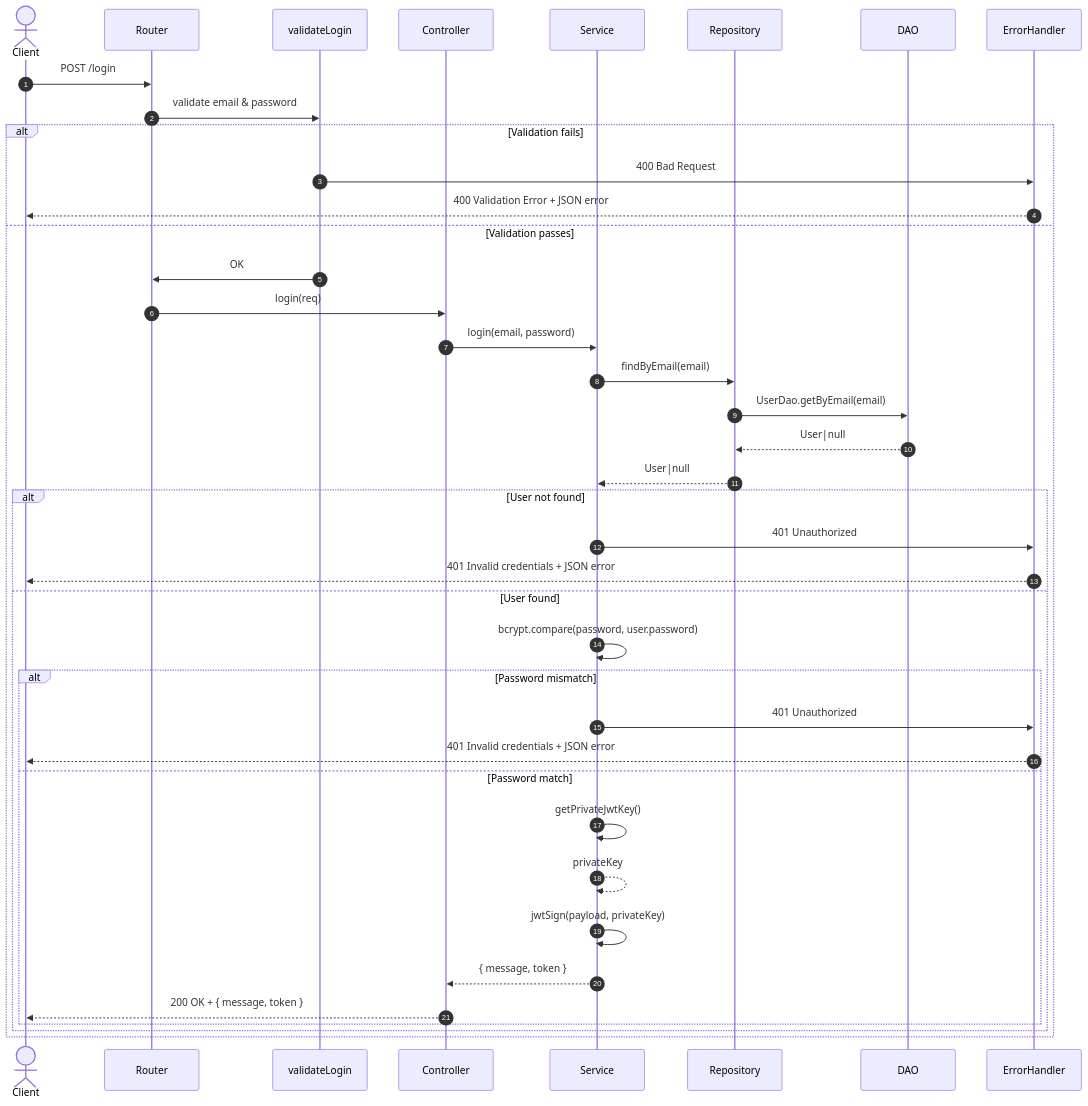
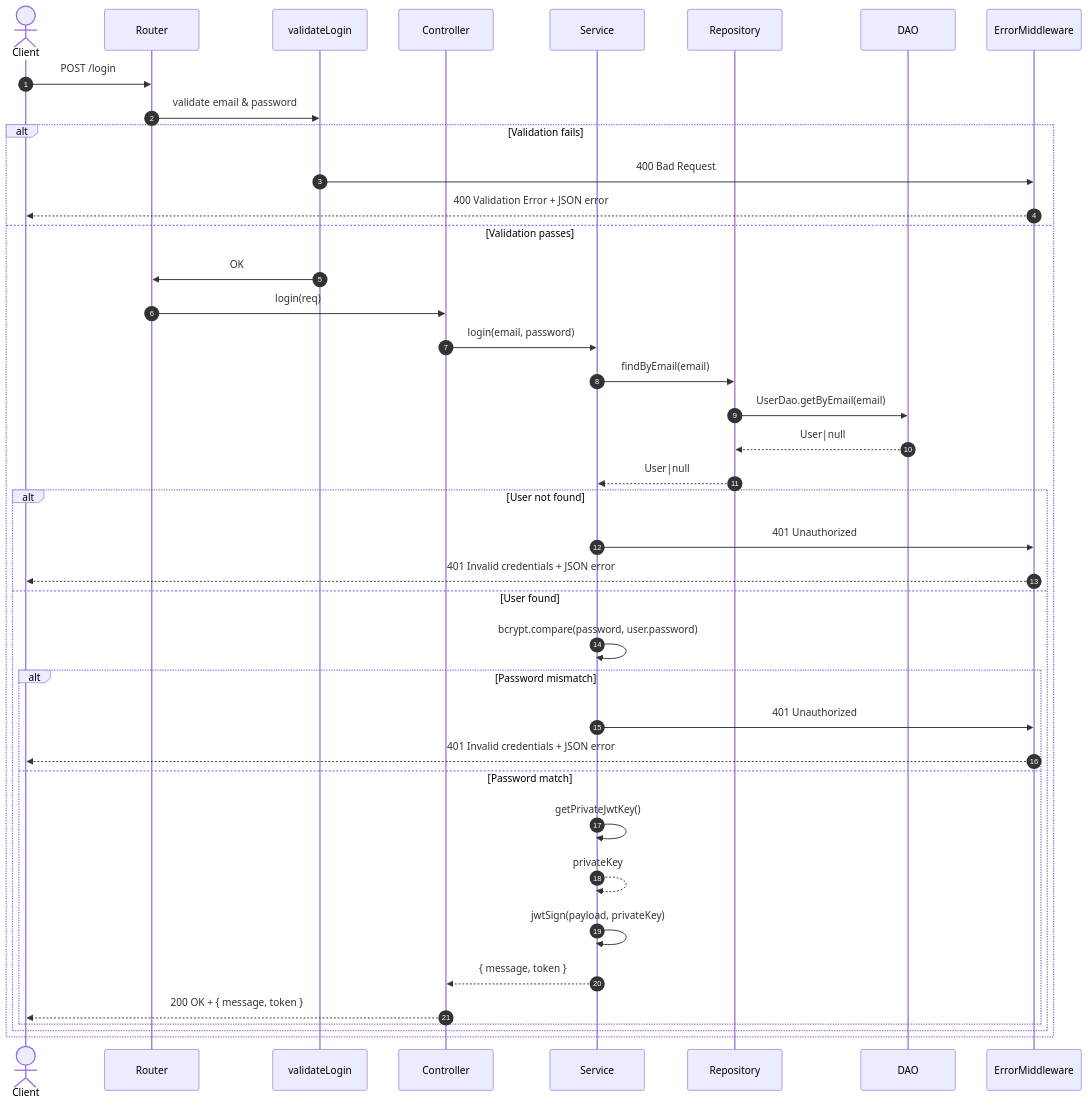
One commit to davideticchiarelli01/SafeGate_PA changed the second of 26 diagrams in README.md. Above: the diagram before and after it, drawn with Mermaid. The commit also changed other lines of this file, not shown here.

````diff
--- a/README.md
+++ b/README.md
@@ -260,46 +260,46 @@
 ```mermaid
 sequenceDiagram
     autonumber
     actor Client
     participant Router
     participant validateLogin
     participant Controller
     participant Service
     participant Repository
     participant DAO
-    participant ErrorHandler
+    participant ErrorMiddleware
 
     Client->>Router: POST /login
     Router->>validateLogin: validate email & password
     alt Validation fails
-        validateLogin->>ErrorHandler: 400 Bad Request
-        ErrorHandler-->>Client: 400 Validation Error + JSON error
+        validateLogin->>ErrorMiddleware: 400 Bad Request
+        ErrorMiddleware-->>Client: 400 Validation Error + JSON error
     else Validation passes
         validateLogin->>Router: OK
 
         Router->>Controller: login(req)
         Controller->>Service: login(email, password)
 
         Service->>Repository: findByEmail(email)
         Repository->>DAO: UserDao.getByEmail(email)
         DAO-->>Repository: User|null
         Repository-->>Service: User|null
 
         alt User not found
-            Service->>ErrorHandler: 401 Unauthorized
-            ErrorHandler-->>Client: 401 Invalid credentials + JSON error
+            Service->>ErrorMiddleware: 401 Unauthorized
+            ErrorMiddleware-->>Client: 401 Invalid credentials + JSON error
         else User found
             Service->>Service: bcrypt.compare(password, user.password)
             alt Password mismatch
-                Service->>ErrorHandler: 401 Unauthorized
-                ErrorHandler-->>Client: 401 Invalid credentials + JSON error
+                Service->>ErrorMiddleware: 401 Unauthorized
+                ErrorMiddleware-->>Client: 401 Invalid credentials + JSON error
             else Password match
                 Service->>Service: getPrivateJwtKey()
                 Service-->>Service: privateKey
                 Service->>Service: jwtSign(payload, privateKey)
                 Service-->>Controller: { message, token }
                 Controller-->>Client: 200 OK + { message, token }
             end
         end
     end
 ```
````
